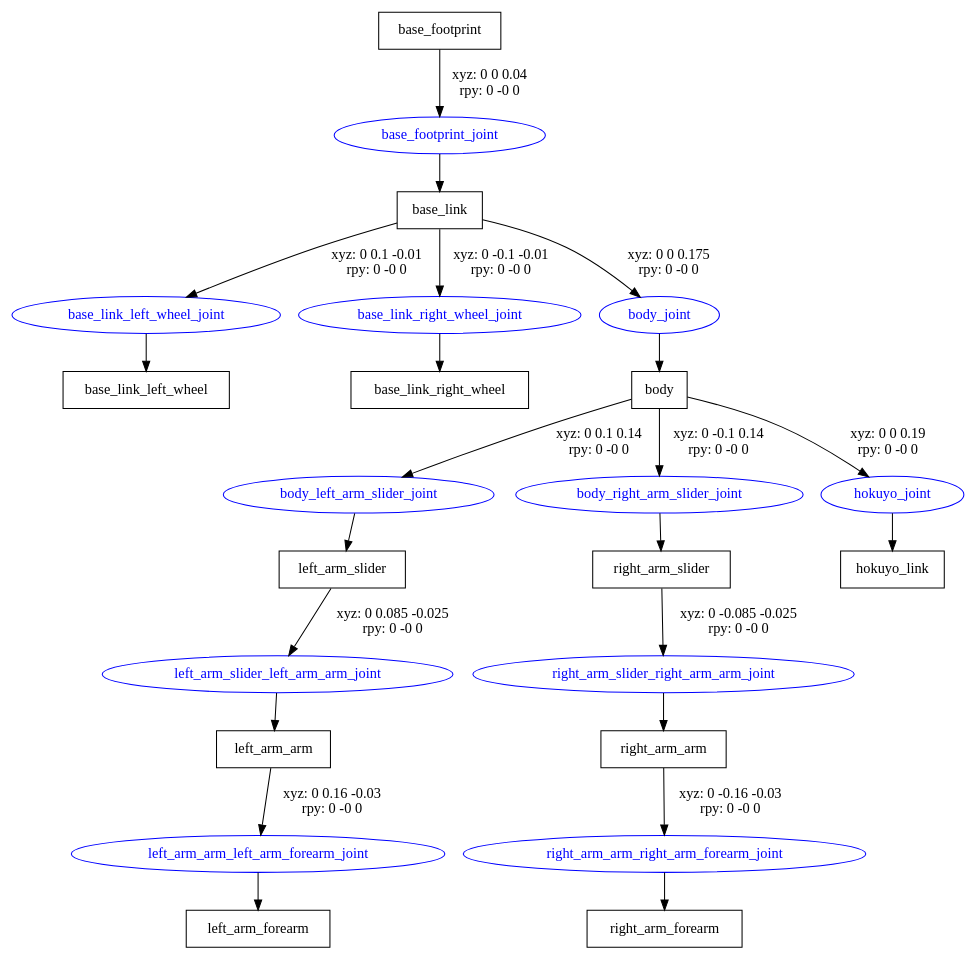
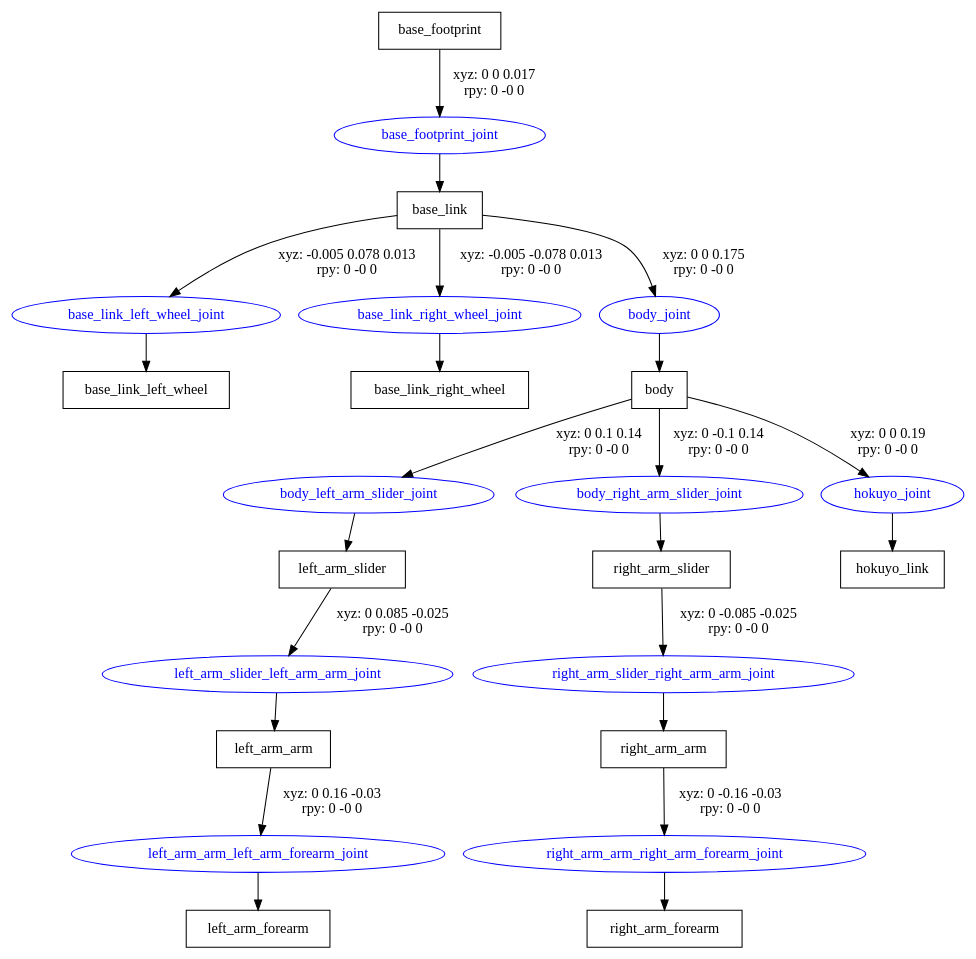
Before and after one commit to cvra/cvra_debra_ros: the diagram in debra_description/urdf/debra.gv, drawn with Graphviz. The commit also changed 7 other files, not shown here.

```diff
--- a/debra_description/urdf/debra.gv
+++ b/debra_description/urdf/debra.gv
@@ -1,38 +1,38 @@
 digraph G {
 node [shape=box];
 "base_footprint" [label="base_footprint"];
 "base_link" [label="base_link"];
 "base_link_left_wheel" [label="base_link_left_wheel"];
 "base_link_right_wheel" [label="base_link_right_wheel"];
 "body" [label="body"];
 "left_arm_slider" [label="left_arm_slider"];
 "left_arm_arm" [label="left_arm_arm"];
 "left_arm_forearm" [label="left_arm_forearm"];
 "right_arm_slider" [label="right_arm_slider"];
 "right_arm_arm" [label="right_arm_arm"];
 "right_arm_forearm" [label="right_arm_forearm"];
 "hokuyo_link" [label="hokuyo_link"];
 node [shape=ellipse, color=blue, fontcolor=blue];
-"base_footprint" -> "base_footprint_joint" [label="xyz: 0 0 0.04 \nrpy: 0 -0 0"]
+"base_footprint" -> "base_footprint_joint" [label="xyz: 0 0 0.017 \nrpy: 0 -0 0"]
 "base_footprint_joint" -> "base_link"
-"base_link" -> "base_link_left_wheel_joint" [label="xyz: 0 0.1 -0.01 \nrpy: 0 -0 0"]
+"base_link" -> "base_link_left_wheel_joint" [label="xyz: -0.005 0.078 0.013 \nrpy: 0 -0 0"]
 "base_link_left_wheel_joint" -> "base_link_left_wheel"
-"base_link" -> "base_link_right_wheel_joint" [label="xyz: 0 -0.1 -0.01 \nrpy: 0 -0 0"]
+"base_link" -> "base_link_right_wheel_joint" [label="xyz: -0.005 -0.078 0.013 \nrpy: 0 -0 0"]
 "base_link_right_wheel_joint" -> "base_link_right_wheel"
 "base_link" -> "body_joint" [label="xyz: 0 0 0.175 \nrpy: 0 -0 0"]
 "body_joint" -> "body"
 "body" -> "body_left_arm_slider_joint" [label="xyz: 0 0.1 0.14 \nrpy: 0 -0 0"]
 "body_left_arm_slider_joint" -> "left_arm_slider"
 "left_arm_slider" -> "left_arm_slider_left_arm_arm_joint" [label="xyz: 0 0.085 -0.025 \nrpy: 0 -0 0"]
 "left_arm_slider_left_arm_arm_joint" -> "left_arm_arm"
 "left_arm_arm" -> "left_arm_arm_left_arm_forearm_joint" [label="xyz: 0 0.16 -0.03 \nrpy: 0 -0 0"]
 "left_arm_arm_left_arm_forearm_joint" -> "left_arm_forearm"
 "body" -> "body_right_arm_slider_joint" [label="xyz: 0 -0.1 0.14 \nrpy: 0 -0 0"]
 "body_right_arm_slider_joint" -> "right_arm_slider"
 "right_arm_slider" -> "right_arm_slider_right_arm_arm_joint" [label="xyz: 0 -0.085 -0.025 \nrpy: 0 -0 0"]
 "right_arm_slider_right_arm_arm_joint" -> "right_arm_arm"
 "right_arm_arm" -> "right_arm_arm_right_arm_forearm_joint" [label="xyz: 0 -0.16 -0.03 \nrpy: 0 -0 0"]
 "right_arm_arm_right_arm_forearm_joint" -> "right_arm_forearm"
 "body" -> "hokuyo_joint" [label="xyz: 0 0 0.19 \nrpy: 0 -0 0"]
 "hokuyo_joint" -> "hokuyo_link"
 }
```
